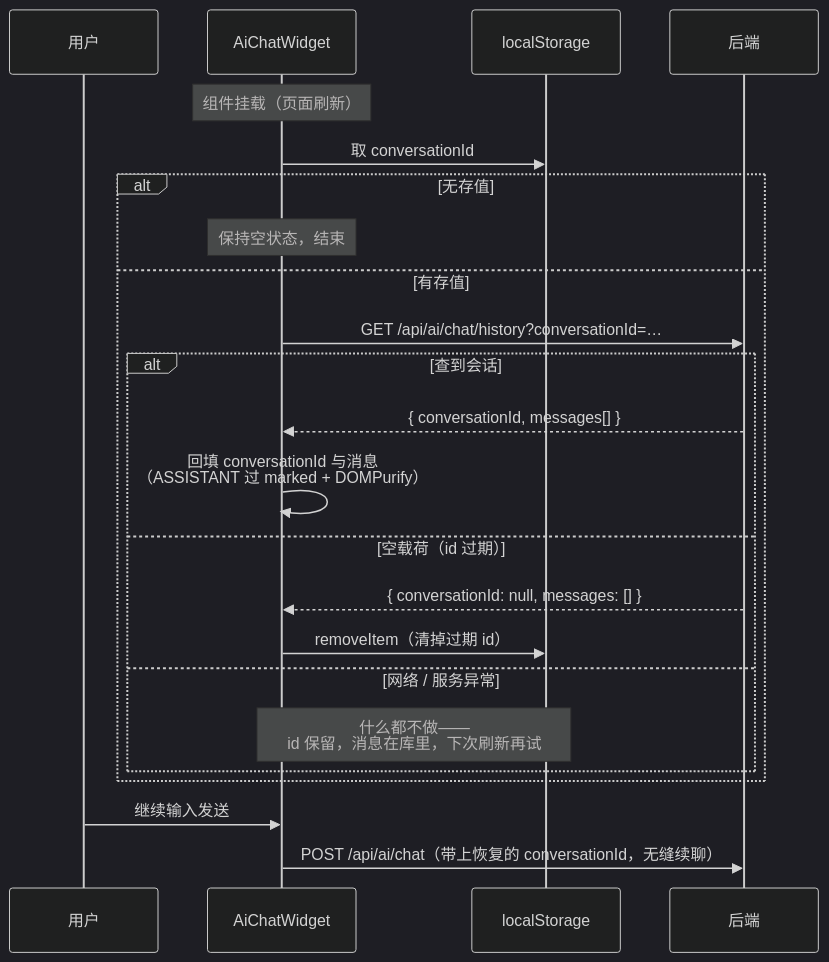
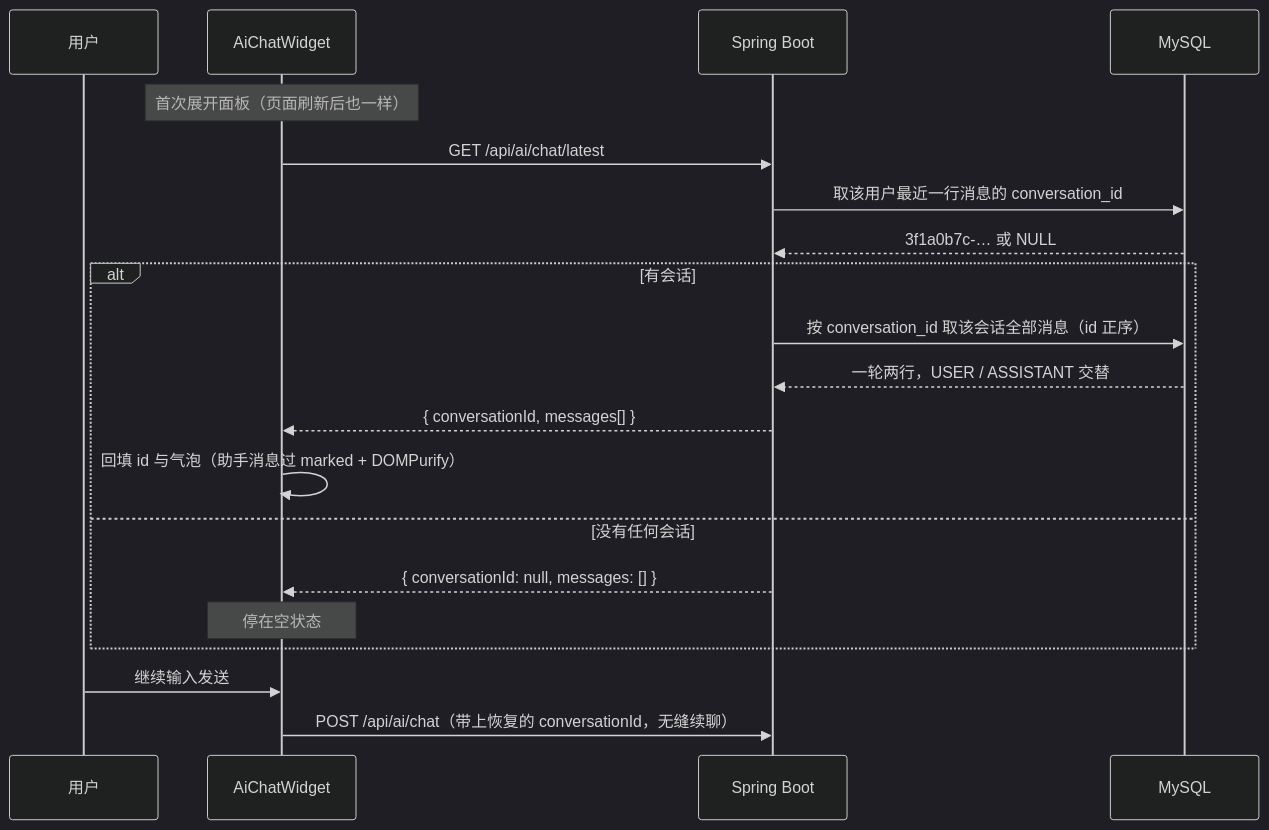
Before and after one commit to ShiwarHoufu/jotang-note: the diagram in docs/功能说明/ai/会话恢复与上下文裁剪.md, drawn with Mermaid (dark theme). The commit also changed other lines of this file and 18 other files, not shown here.

````diff
--- a/docs/功能说明/ai/会话恢复与上下文裁剪.md
+++ b/docs/功能说明/ai/会话恢复与上下文裁剪.md
@@ -159,26 +26,23 @@
 ```mermaid
 sequenceDiagram
     participant U as 用户
     participant W as AiChatWidget
-    participant LS as localStorage
-    participant A as 后端
+    participant A as Spring Boot
+    participant D as MySQL
 
-    Note over W: 组件挂载（页面刷新）
-    W->>LS: 取 conversationId
-    alt 无存值
-        Note over W: 保持空状态，结束
-    else 有存值
-        W->>A: GET /api/ai/chat/history?conversationId=…
-        alt 查到会话
-            A-->>W: { conversationId, messages[] }
-            W->>W: 回填 conversationId 与消息<br/>（ASSISTANT 过 marked + DOMPurify）
-        else 空载荷（id 过期）
-            A-->>W: { conversationId: null, messages: [] }
-            W->>LS: removeItem（清掉过期 id）
-        else 网络 / 服务异常
-            Note over W,LS: 什么都不做——<br/>id 保留，消息在库里，下次刷新再试
-        end
+    Note over W: 首次展开面板（页面刷新后也一样）
+    W->>A: GET /api/ai/chat/latest
+    A->>D: 取该用户最近一行消息的 conversation_id
+    D-->>A: 3f1a0b7c-… 或 NULL
+    alt 有会话
+        A->>D: 按 conversation_id 取该会话全部消息（id 正序）
+        D-->>A: 一轮两行，USER / ASSISTANT 交替
+        A-->>W: { conversationId, messages[] }
+        W->>W: 回填 id 与气泡（助手消息过 marked + DOMPurify）
+    else 没有任何会话
+        A-->>W: { conversationId: null, messages: [] }
+        Note over W: 停在空状态
     end
     U->>W: 继续输入发送
     W->>A: POST /api/ai/chat（带上恢复的 conversationId，无缝续聊）
 ```
````
